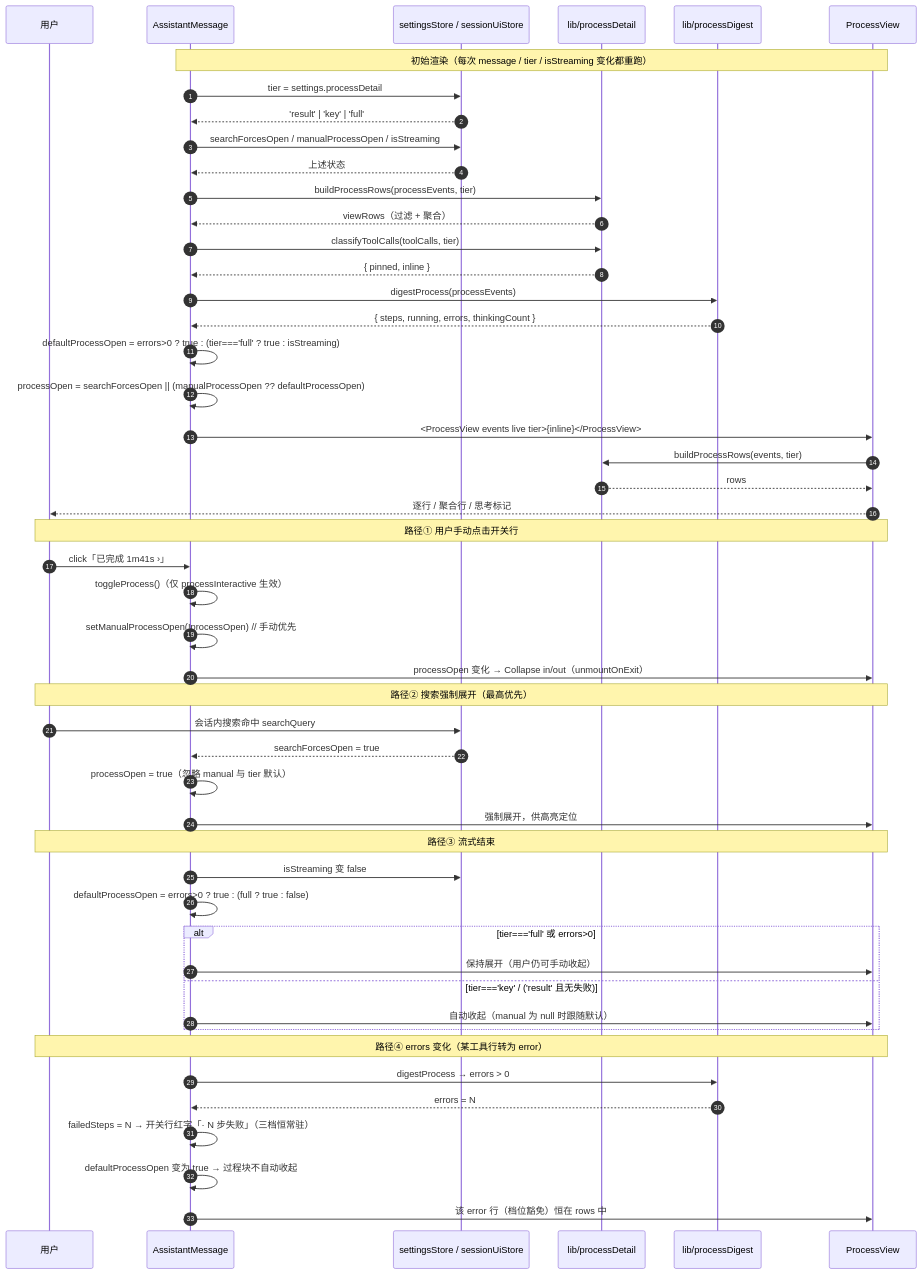
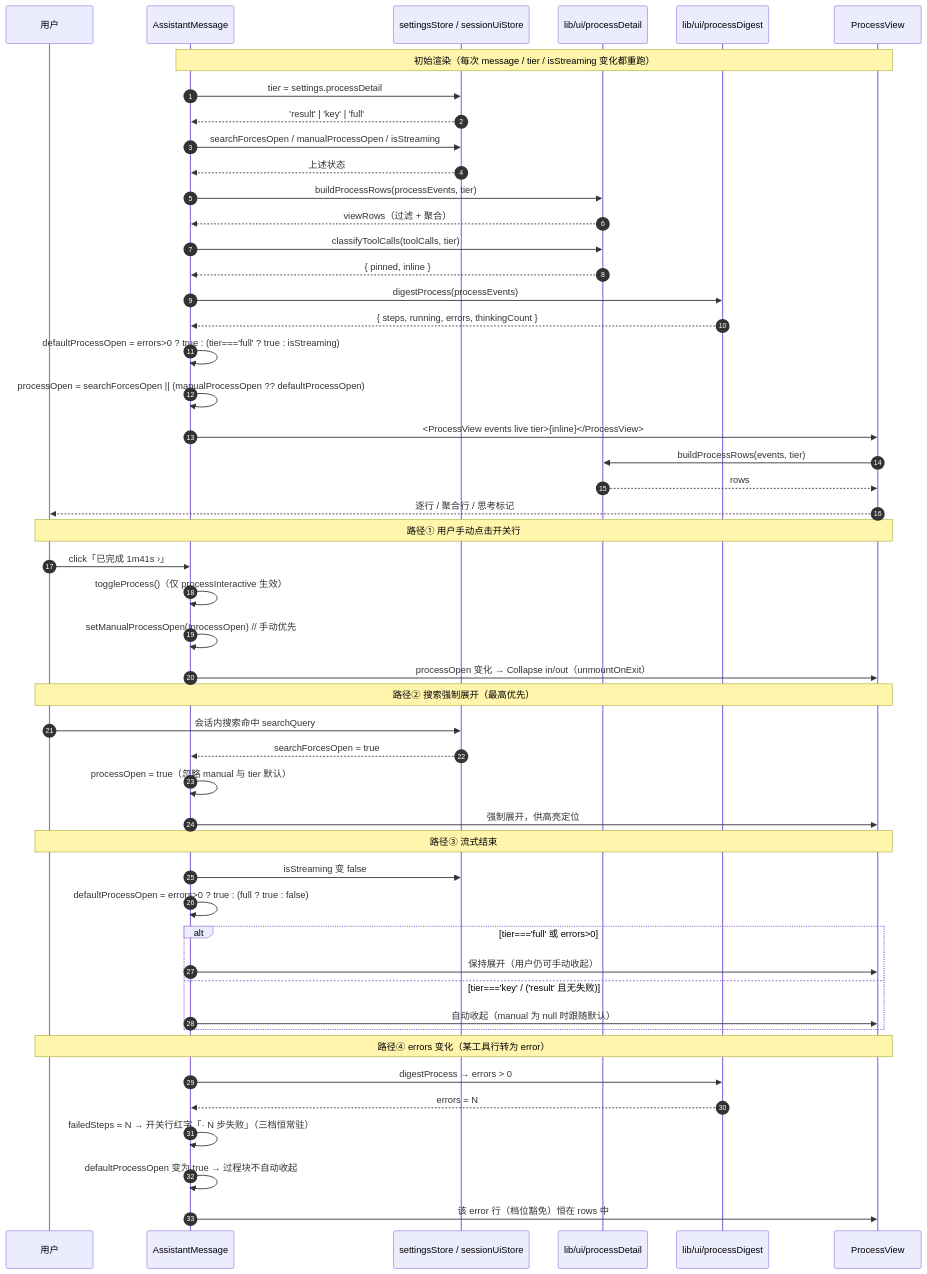
Before and after one commit to bwshark/NanoWork: the third of 3 diagrams in docs/design-tool-step-detail.md, drawn with Mermaid. The commit also changed other lines of this file and 560 other files, not shown here.

````diff
--- a/docs/design-tool-step-detail.md
+++ b/docs/design-tool-step-detail.md
@@ -415,57 +415,57 @@
 ```mermaid
 sequenceDiagram
   autonumber
   participant U as 用户
   participant AM as AssistantMessage
   participant ST as settingsStore / sessionUiStore
-  participant PD as lib/processDetail
-  participant DG as lib/processDigest
+  participant PD as lib/ui/processDetail
+  participant DG as lib/ui/processDigest
   participant PV as ProcessView
 
   Note over AM,PV: 初始渲染（每次 message / tier / isStreaming 变化都重跑）
 
   AM->>ST: tier = settings.processDetail
   ST-->>AM: 'result' | 'key' | 'full'
   AM->>ST: searchForcesOpen / manualProcessOpen / isStreaming
   ST-->>AM: 上述状态
   AM->>PD: buildProcessRows(processEvents, tier)
   PD-->>AM: viewRows（过滤 + 聚合）
   AM->>PD: classifyToolCalls(toolCalls, tier)
   PD-->>AM: { pinned, inline }
   AM->>DG: digestProcess(processEvents)
   DG-->>AM: { steps, running, errors, thinkingCount }
   AM->>AM: defaultProcessOpen = errors>0 ? true : (tier==='full' ? true : isStreaming)
   AM->>AM: processOpen = searchForcesOpen || (manualProcessOpen ?? defaultProcessOpen)
   AM->>PV: <ProcessView events live tier>{inline}</ProcessView>
   PV->>PD: buildProcessRows(events, tier)
   PD-->>PV: rows
   PV-->>U: 逐行 / 聚合行 / 思考标记
 
   Note over U,PV: 路径① 用户手动点击开关行
   U->>AM: click「已完成 1m41s ›」
   AM->>AM: toggleProcess()（仅 processInteractive 生效）
   AM->>AM: setManualProcessOpen(!processOpen)  // 手动优先
   AM->>PV: processOpen 变化 → Collapse in/out（unmountOnExit）
 
   Note over U,PV: 路径② 搜索强制展开（最高优先）
   U->>ST: 会话内搜索命中 searchQuery
   ST-->>AM: searchForcesOpen = true
   AM->>AM: processOpen = true（忽略 manual 与 tier 默认）
   AM->>PV: 强制展开，供高亮定位
 
   Note over U,PV: 路径③ 流式结束
   AM->>ST: isStreaming 变 false
   AM->>AM: defaultProcessOpen = errors>0 ? true : (full ? true : false)
   alt tier==='full' 或 errors>0
     AM->>PV: 保持展开（用户仍可手动收起）
   else tier==='key' / ('result' 且无失败)
     AM->>PV: 自动收起（manual 为 null 时跟随默认）
   end
 
   Note over U,PV: 路径④ errors 变化（某工具行转为 error）
   AM->>DG: digestProcess → errors > 0
   DG-->>AM: errors = N
   AM->>AM: failedSteps = N → 开关行红字「· N 步失败」（三档恒常驻）
   AM->>AM: defaultProcessOpen 变为 true → 过程块不自动收起
   AM->>PV: 该 error 行（档位豁免）恒在 rows 中
 ```
````
